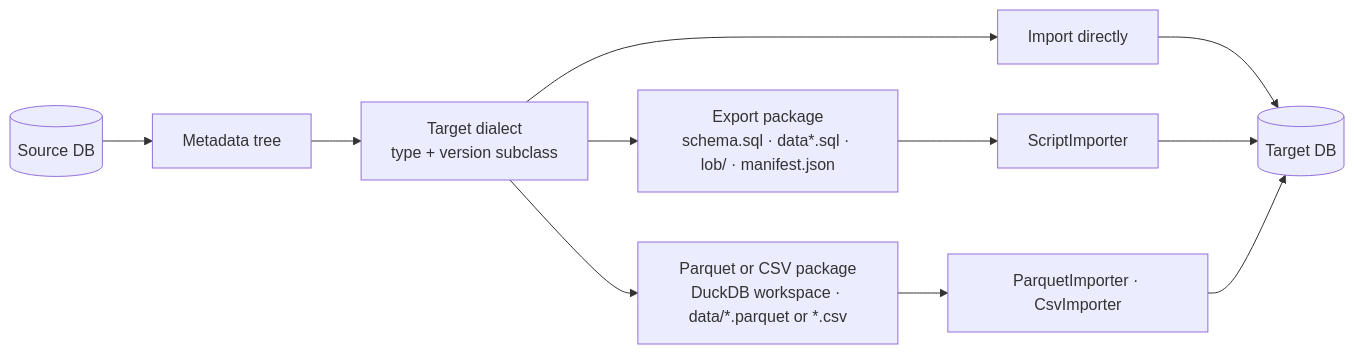
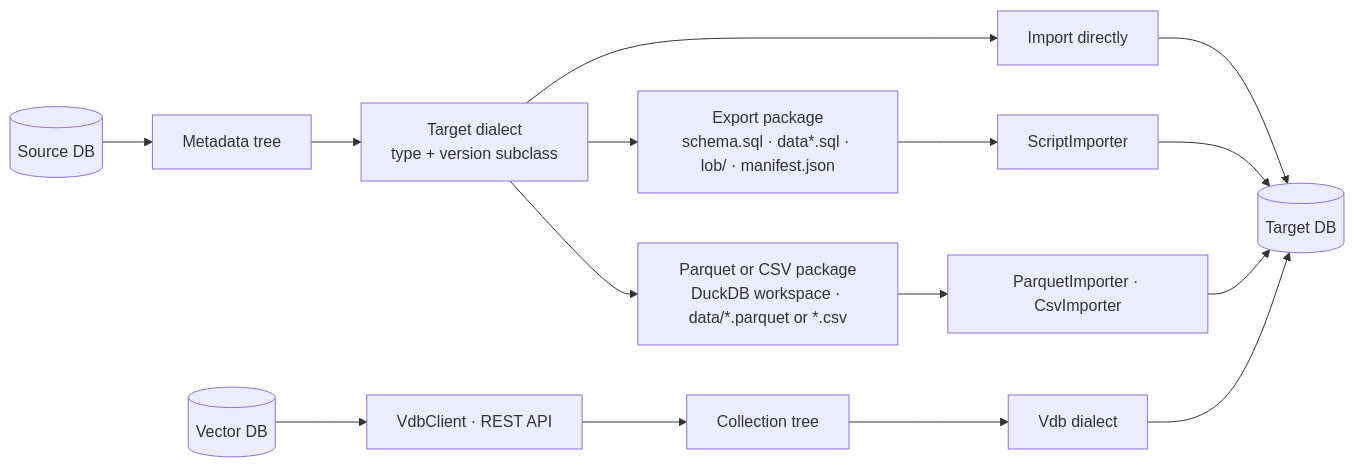
The diagram in docs/blogger/sqljam-en.md (paganini2008/sqljam), drawn with Mermaid before and after one commit. The commit also changed other lines of this file and 165 other files, not shown here.

Commit message:
feat: SSH tunnels, vdb paging and sorting, copy rows, tree filter, boundary fixes, 4 minute tutorial

````diff
--- a/docs/blogger/sqljam-en.md
+++ b/docs/blogger/sqljam-en.md
@@ -114,10 +140,11 @@
 ```mermaid
 flowchart LR
     S[(Source DB)] --> T[Metadata tree]
     T --> D[Target dialect<br/>type + version subclass]
     D --> I[Import directly] --> TD[(Target DB)]
     D --> E[Export package<br/>schema.sql · data*.sql · lob/ · manifest.json]
     E --> SI[ScriptImporter] --> TD
     D --> P[Parquet or CSV package<br/>DuckDB workspace · data/*.parquet or *.csv]
     P --> PI[ParquetImporter · CsvImporter] --> TD
+    V[(Vector DB)] --> VC[VdbClient · REST API] --> VT[Collection tree] --> VD[Vdb dialect] --> TD
 ```
````
